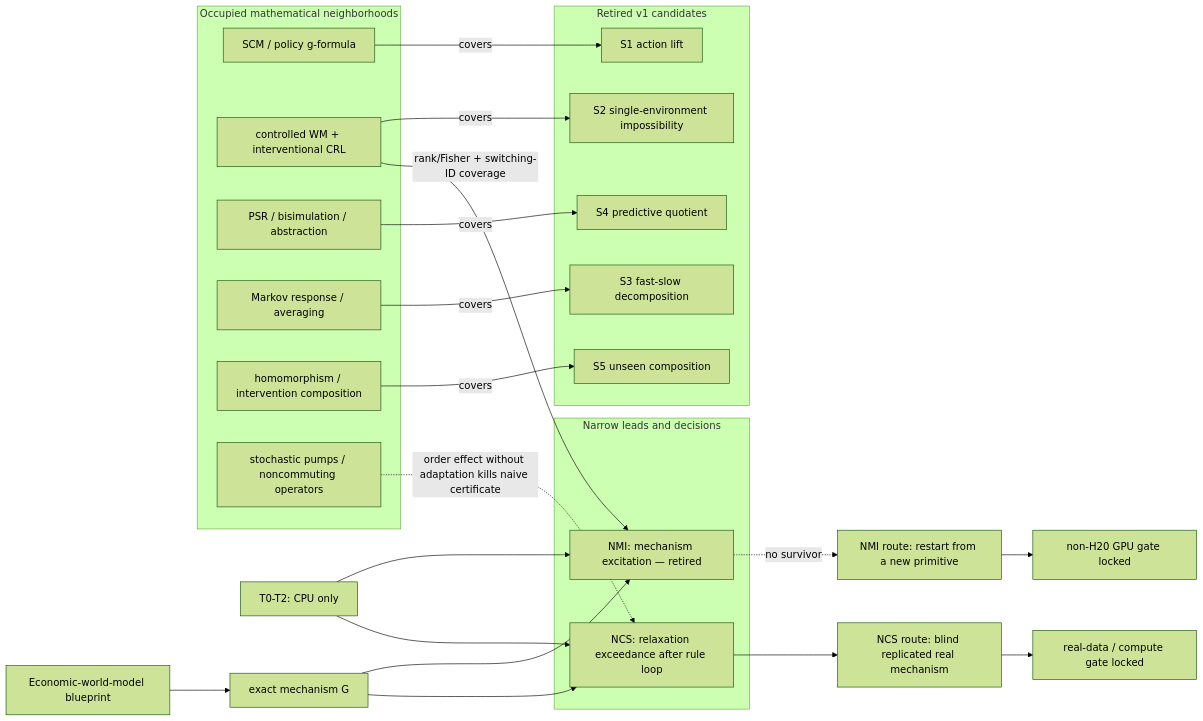
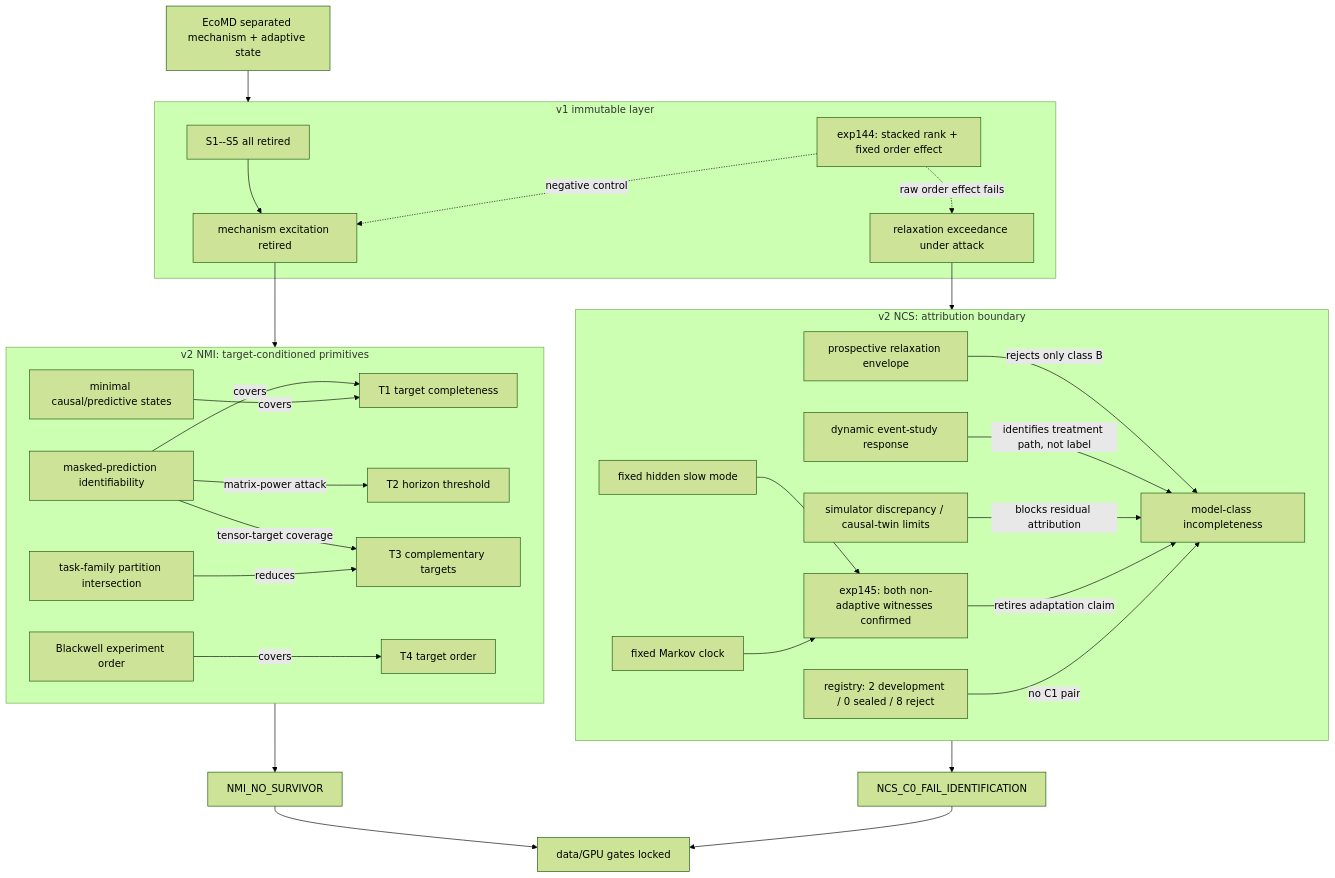
Before and after one commit to howardwang1997/ecophys: the diagram in research/theory_exploration/knowledge_graph.md, drawn with Mermaid (forest theme). The commit also changed other lines of this file and 15 other files, not shown here.

````diff
--- a/research/theory_exploration/knowledge_graph.md
+++ b/research/theory_exploration/knowledge_graph.md
@@ -11,45 +12,57 @@
 ```mermaid
-flowchart LR
-    EWM["Economic-world-model blueprint"] --> XM["exact mechanism G"]
+flowchart TB
+    ROOT["EcoMD separated mechanism + adaptive state"]
 
-    subgraph occupied["Occupied mathematical neighborhoods"]
-        SCM["SCM / policy g-formula"]
-        CRL["controlled WM + interventional CRL"]
-        PSR["PSR / bisimulation / abstraction"]
-        AVG["Markov response / averaging"]
-        COMP["homomorphism / intervention composition"]
-        PUMP["stochastic pumps / noncommuting operators"]
+    subgraph V1["v1 immutable layer"]
+        S15["S1--S5 all retired"]
+        NMI1["mechanism excitation retired"]
+        NCS1["relaxation exceedance under attack"]
+        E144["exp144: stacked rank + fixed order effect"]
+        S15 --> NMI1
+        E144 -. "negative control" .-> NMI1
+        E144 -. "raw order effect fails" .-> NCS1
     end
 
-    subgraph retired["Retired v1 candidates"]
-        S1["S1 action lift"]
-        S2["S2 single-environment impossibility"]
-        S3["S3 fast-slow decomposition"]
-        S4["S4 predictive quotient"]
-        S5["S5 unseen composition"]
+    ROOT --> V1
+
+    subgraph NMI2["v2 NMI: target-conditioned primitives"]
+        T1["T1 target completeness"]
+        T2["T2 horizon threshold"]
+        T3["T3 complementary targets"]
+        T4["T4 target order"]
+        MASK["masked-prediction identifiability"]
+        CAUSAL["minimal causal/predictive states"]
+        BLACK["Blackwell experiment order"]
+        PART["task-family partition intersection"]
+        MASK -->|covers| T1
+        MASK -->|matrix-power attack| T2
+        MASK -->|tensor-target coverage| T3
+        CAUSAL -->|covers| T1
+        PART -->|reduces| T3
+        BLACK -->|covers| T4
     end
 
-    SCM -->|covers| S1
-    CRL -->|covers| S2
-    AVG -->|covers| S3
-    PSR -->|covers| S4
-    COMP -->|covers| S5
-
-    subgraph active["Narrow leads and decisions"]
-        NMIT["NMI: mechanism excitation — retired"]
-        NCST["NCS: relaxation exceedance after rule loop"]
+    subgraph NCS2["v2 NCS: attribution boundary"]
+        ENV["prospective relaxation envelope"]
+        DYN["dynamic event-study response"]
+        DISC["simulator discrepancy / causal-twin limits"]
+        SLOW["fixed hidden slow mode"]
+        CLOCK["fixed Markov clock"]
+        E145["exp145: both non-adaptive witnesses confirmed"]
+        REG["registry: 2 development / 0 sealed / 8 reject"]
+        ENV -->|rejects only class B| CLASS["model-class incompleteness"]
+        DYN -->|identifies treatment path, not label| CLASS
+        DISC -->|blocks residual attribution| CLASS
+        SLOW --> E145
+        CLOCK --> E145
+        E145 -->|retires adaptation claim| CLASS
+        REG -->|no C1 pair| CLASS
     end
 
-    XM --> NMIT
-    XM --> NCST
-    CRL -->|"rank/Fisher + switching-ID coverage"| NMIT
-    PUMP -. "order effect without adaptation kills naive certificate" .-> NCST
-
-    NMIT -. "no survivor" .-> NMI["NMI route: restart from a new primitive"]
-    NCST --> NCS["NCS route: blind replicated real mechanism"]
-
-    CPU["T0-T2: CPU only"] --> NMIT
-    CPU --> NCST
-    NMI --> GN["non-H20 GPU gate locked"]
-    NCS --> GC["real-data / compute gate locked"]
+    NMI1 --> NMI2
+    NCS1 --> NCS2
+    NMI2 --> DNMI["NMI_NO_SURVIVOR"]
+    NCS2 --> DNCS["NCS_C0_FAIL_IDENTIFICATION"]
+    DNMI --> LOCK["data/GPU gates locked"]
+    DNCS --> LOCK
 ```
````
